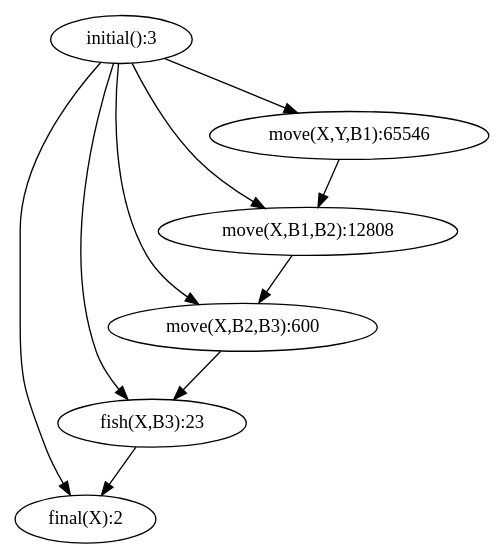
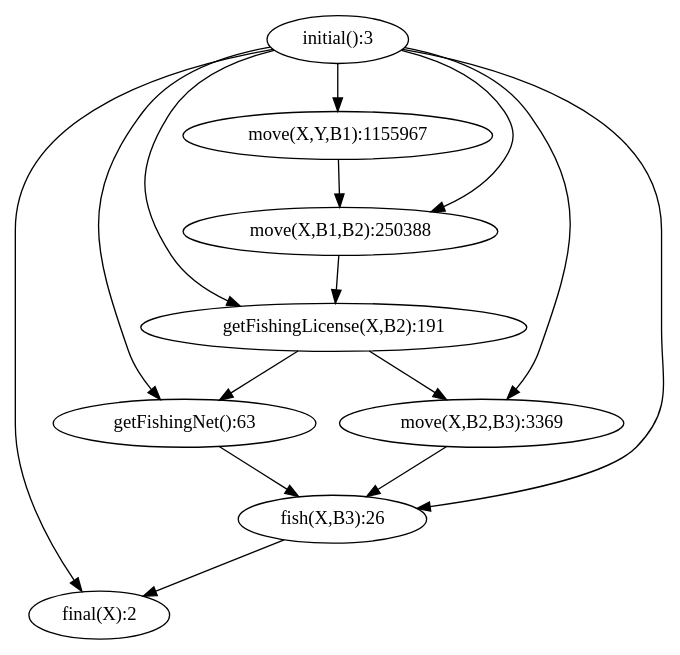
The diagram in output/overview.png.dot (tokyramarozaka/mimosa-iriela-extension), drawn with Graphviz before and after one commit. The commit also changed 17 other files, not shown here.

```diff
--- a/output/overview.png.dot
+++ b/output/overview.png.dot
@@ -1,11 +1,16 @@
 digraph G { 
   "initial():3" -> "final(X):2";
-  "initial():3" -> "fish(X,B3):23";
-  "initial():3" -> "move(X,B2,B3):600";
-  "initial():3" -> "move(X,B1,B2):12808";
-  "initial():3" -> "move(X,Y,B1):65546";
-  "fish(X,B3):23" -> "final(X):2";
-  "move(X,B2,B3):600" -> "fish(X,B3):23";
-  "move(X,B1,B2):12808" -> "move(X,B2,B3):600";
-  "move(X,Y,B1):65546" -> "move(X,B1,B2):12808";
+  "initial():3" -> "fish(X,B3):26";
+  "initial():3" -> "getFishingNet():63";
+  "initial():3" -> "getFishingLicense(X,B2):191";
+  "initial():3" -> "move(X,B2,B3):3369";
+  "initial():3" -> "move(X,B1,B2):250388";
+  "initial():3" -> "move(X,Y,B1):1155967";
+  "fish(X,B3):26" -> "final(X):2";
+  "getFishingNet():63" -> "fish(X,B3):26";
+  "getFishingLicense(X,B2):191" -> "getFishingNet():63";
+  "getFishingLicense(X,B2):191" -> "move(X,B2,B3):3369";
+  "move(X,B2,B3):3369" -> "fish(X,B3):26";
+  "move(X,B1,B2):250388" -> "getFishingLicense(X,B2):191";
+  "move(X,Y,B1):1155967" -> "move(X,B1,B2):250388";
 }
```
